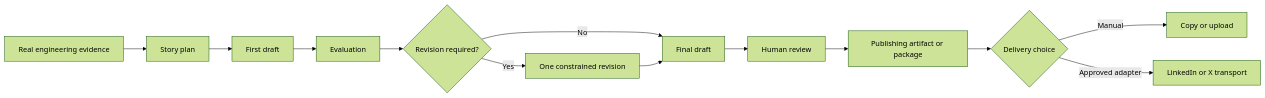
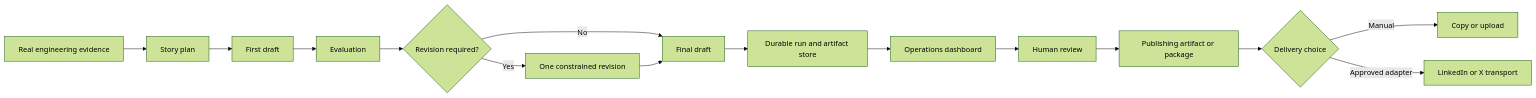
The diagram in README.md (langju123456/BuildLog), drawn with Mermaid (forest theme) before and after one commit. The commit also changed other lines of this file and 48 other files, not shown here.

````diff
--- a/README.md
+++ b/README.md
@@ -110,15 +120,17 @@
 ```mermaid
 flowchart LR
     A["Real engineering evidence"] --> B["Story plan"]
     B --> C["First draft"]
     C --> D["Evaluation"]
     D --> E{"Revision required?"}
     E -->|"No"| G["Final draft"]
     E -->|"Yes"| F["One constrained revision"]
     F --> G
-    G --> H["Human review"]
-    H --> I["Publishing artifact or package"]
-    I --> J{"Delivery choice"}
-    J -->|"Manual"| K["Copy or upload"]
-    J -->|"Approved adapter"| L["LinkedIn or X transport"]
+    G --> H["Durable run and artifact store"]
+    H --> I["Operations dashboard"]
+    I --> J["Human review"]
+    J --> K["Publishing artifact or package"]
+    K --> L{"Delivery choice"}
+    L -->|"Manual"| M["Copy or upload"]
+    L -->|"Approved adapter"| N["LinkedIn or X transport"]
 ```
````
